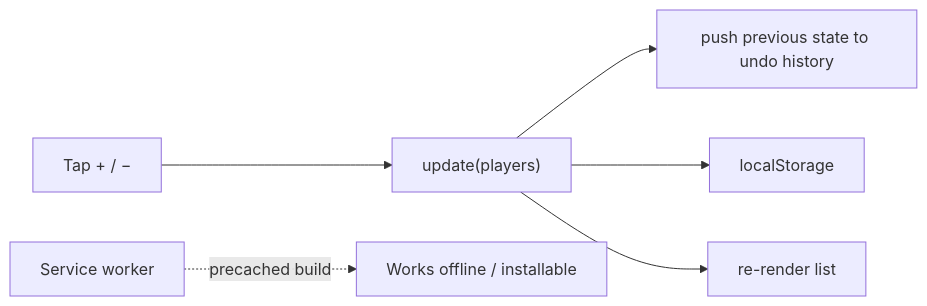
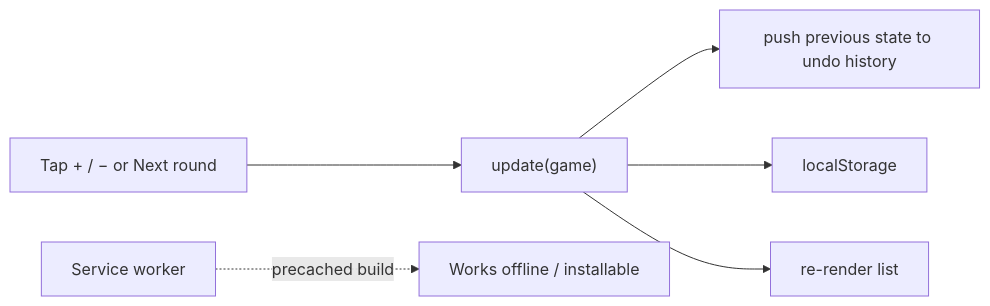
The diagram in README.md (LeTuR/boardgame-counter), drawn with Mermaid before and after one commit. The commit also changed other lines of this file and 11 other files, not shown here.

````diff
--- a/README.md
+++ b/README.md
@@ -7,8 +9,8 @@
 ```mermaid
 flowchart LR
-  tap[Tap + / −] --> update["update(players)"]
+  tap[Tap + / − or Next round] --> update["update(game)"]
   update --> history[push previous state to undo history]
   update --> save[localStorage]
   update --> render[re-render list]
   sw[Service worker] -. precached build .-> offline[Works offline / installable]
 ```
````
